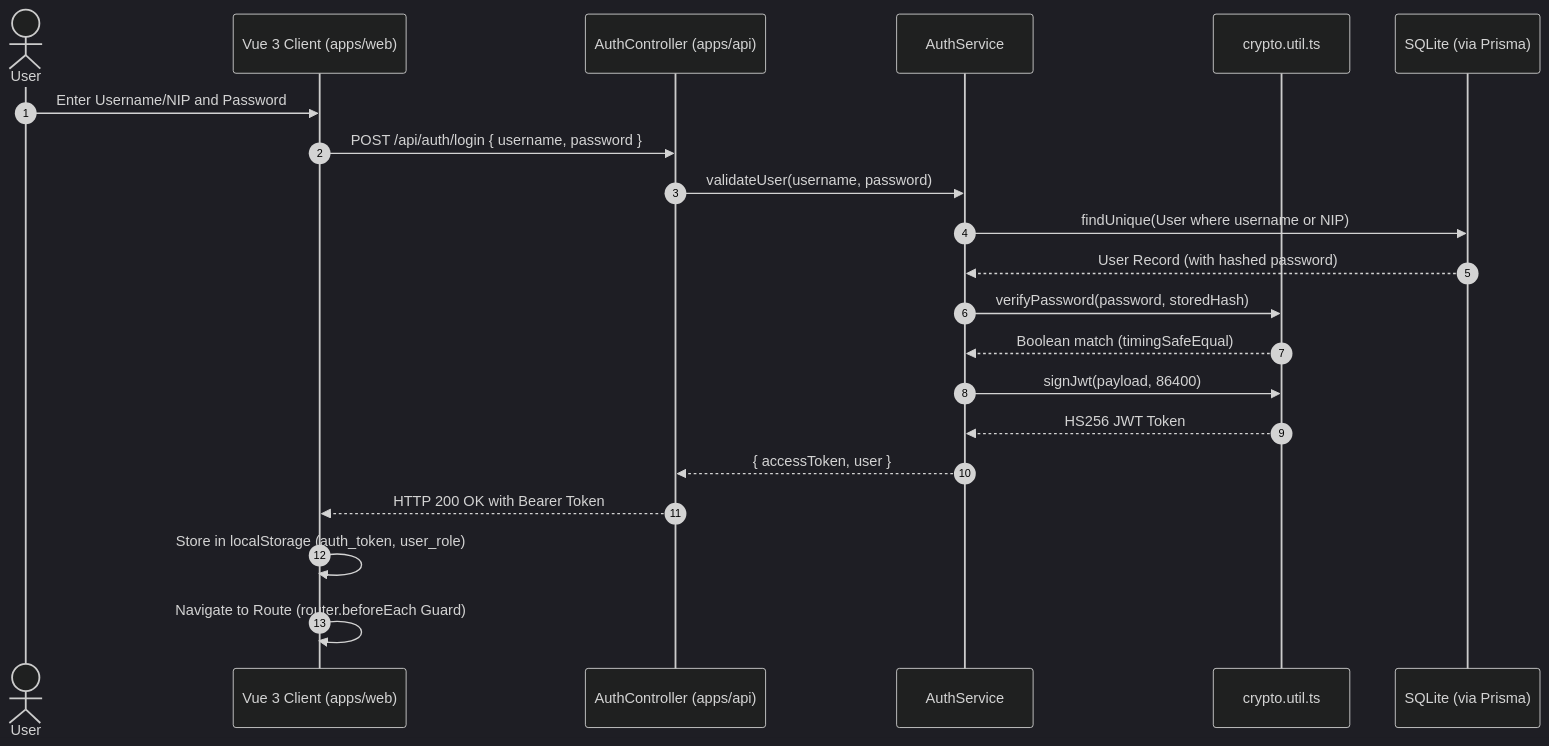
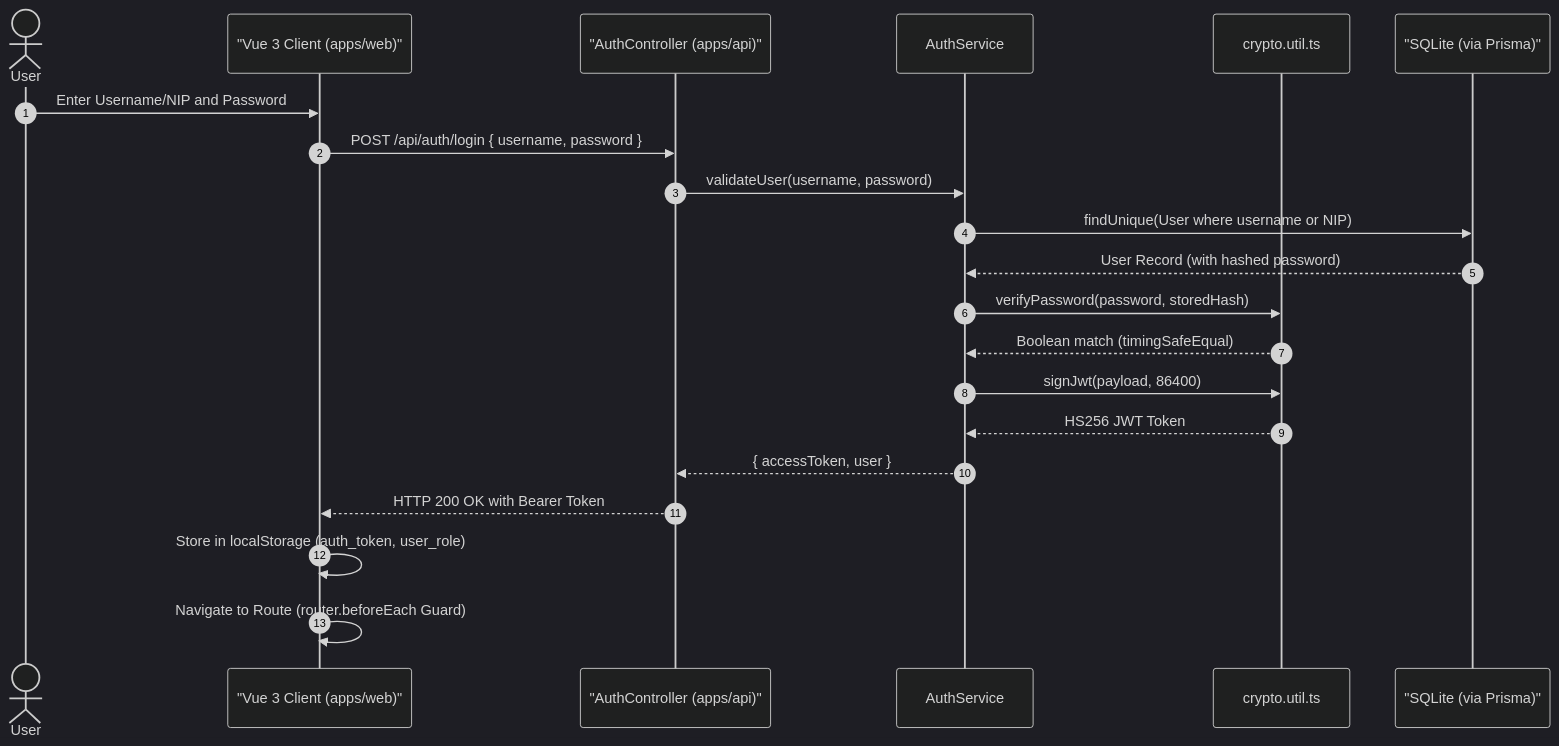
The fourth of 6 diagrams in docs/DEVELOPER_DOCUMENTATION.md (earyanto30/e-spd-kab-banggai-laut), drawn with Mermaid (dark theme) before and after one commit. The commit also changed other lines of this file and 3 other files, not shown here.

Commit message:
docs: quote special characters in mermaid diagrams for github rendering

````diff
--- a/docs/DEVELOPER_DOCUMENTATION.md
+++ b/docs/DEVELOPER_DOCUMENTATION.md
@@ -408,24 +408,24 @@
 ```mermaid
 sequenceDiagram
     autonumber
     actor User
-    participant Web as Vue 3 Client (apps/web)
-    participant AuthCtrl as AuthController (apps/api)
+    participant Web as "Vue 3 Client (apps/web)"
+    participant AuthCtrl as "AuthController (apps/api)"
     participant AuthService as AuthService
     participant Crypto as crypto.util.ts
-    participant DB as SQLite (via Prisma)
+    participant DB as "SQLite (via Prisma)"
 
     User->>Web: Enter Username/NIP and Password
     Web->>AuthCtrl: POST /api/auth/login { username, password }
     AuthCtrl->>AuthService: validateUser(username, password)
     AuthService->>DB: findUnique(User where username or NIP)
     DB-->>AuthService: User Record (with hashed password)
     AuthService->>Crypto: verifyPassword(password, storedHash)
     Crypto-->>AuthService: Boolean match (timingSafeEqual)
     AuthService->>Crypto: signJwt(payload, 86400)
     Crypto-->>AuthService: HS256 JWT Token
     AuthService-->>AuthCtrl: { accessToken, user }
     AuthCtrl-->>Web: HTTP 200 OK with Bearer Token
     Web->>Web: Store in localStorage (auth_token, user_role)
     Web->>Web: Navigate to Route (router.beforeEach Guard)
 ```
````
